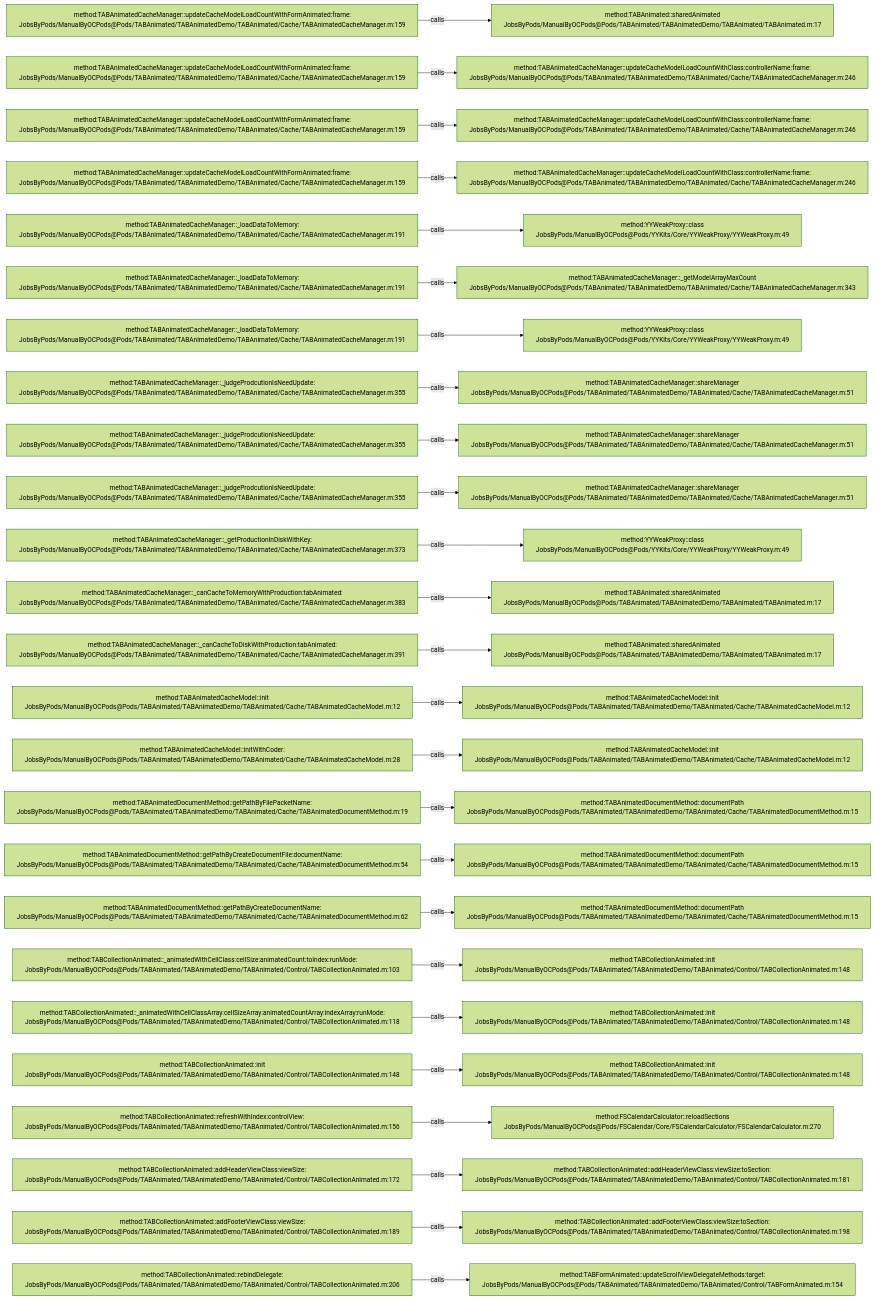
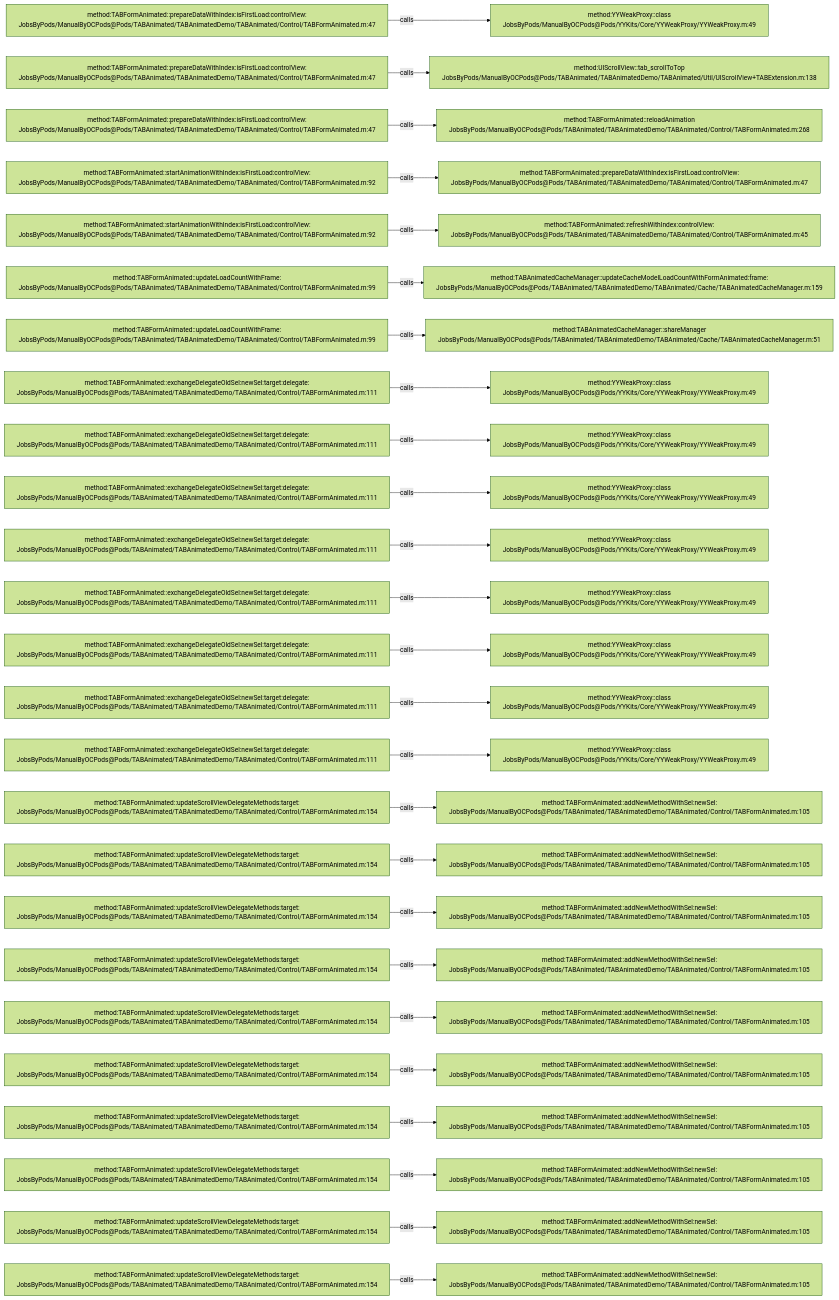
Before and after one commit to JobsKits/JobsOCBaseConfigDemo: the diagram in .codegraph/codegraph.md/graphs/calls-022.md, drawn with Mermaid (forest theme). The commit also changed 1353 other files, not shown here.

````diff
--- a/.codegraph/codegraph.md/graphs/calls-022.md
+++ b/.codegraph/codegraph.md/graphs/calls-022.md
@@ -13,78 +13,78 @@
 ```mermaid
 flowchart LR
-  S1["method:TABAnimatedCacheManager::updateCacheModelLoadCountWithFormAnimated:frame:<br/>JobsByPods/ManualByOCPods@Pods/TABAnimated/TABAnimatedDemo/TABAnimated/Cache/TABAnimatedCacheManager.m:159"]
-  T1["method:TABAnimated::sharedAnimated<br/>JobsByPods/ManualByOCPods@Pods/TABAnimated/TABAnimatedDemo/TABAnimated/TABAnimated.m:17"]
+  S1["method:TABFormAnimated::prepareDataWithIndex:isFirstLoad:controlView:<br/>JobsByPods/ManualByOCPods@Pods/TABAnimated/TABAnimatedDemo/TABAnimated/Control/TABFormAnimated.m:47"]
+  T1["method:YYWeakProxy::class<br/>JobsByPods/ManualByOCPods@Pods/YYKits/Core/YYWeakProxy/YYWeakProxy.m:49"]
   S1 -->|calls| T1
-  S2["method:TABAnimatedCacheManager::updateCacheModelLoadCountWithFormAnimated:frame:<br/>JobsByPods/ManualByOCPods@Pods/TABAnimated/TABAnimatedDemo/TABAnimated/Cache/TABAnimatedCacheManager.m:159"]
-  T2["method:TABAnimatedCacheManager::updateCacheModelLoadCountWithClass:controllerName:frame:<br/>JobsByPods/ManualByOCPods@Pods/TABAnimated/TABAnimatedDemo/TABAnimated/Cache/TABAnimatedCacheManager.m:246"]
+  S2["method:TABFormAnimated::prepareDataWithIndex:isFirstLoad:controlView:<br/>JobsByPods/ManualByOCPods@Pods/TABAnimated/TABAnimatedDemo/TABAnimated/Control/TABFormAnimated.m:47"]
+  T2["method:UIScrollView::tab_scrollToTop<br/>JobsByPods/ManualByOCPods@Pods/TABAnimated/TABAnimatedDemo/TABAnimated/Util/UIScrollView+TABExtension.m:138"]
   S2 -->|calls| T2
-  S3["method:TABAnimatedCacheManager::updateCacheModelLoadCountWithFormAnimated:frame:<br/>JobsByPods/ManualByOCPods@Pods/TABAnimated/TABAnimatedDemo/TABAnimated/Cache/TABAnimatedCacheManager.m:159"]
-  T3["method:TABAnimatedCacheManager::updateCacheModelLoadCountWithClass:controllerName:frame:<br/>JobsByPods/ManualByOCPods@Pods/TABAnimated/TABAnimatedDemo/TABAnimated/Cache/TABAnimatedCacheManager.m:246"]
+  S3["method:TABFormAnimated::prepareDataWithIndex:isFirstLoad:controlView:<br/>JobsByPods/ManualByOCPods@Pods/TABAnimated/TABAnimatedDemo/TABAnimated/Control/TABFormAnimated.m:47"]
+  T3["method:TABFormAnimated::reloadAnimation<br/>JobsByPods/ManualByOCPods@Pods/TABAnimated/TABAnimatedDemo/TABAnimated/Control/TABFormAnimated.m:268"]
   S3 -->|calls| T3
-  S4["method:TABAnimatedCacheManager::updateCacheModelLoadCountWithFormAnimated:frame:<br/>JobsByPods/ManualByOCPods@Pods/TABAnimated/TABAnimatedDemo/TABAnimated/Cache/TABAnimatedCacheManager.m:159"]
-  T4["method:TABAnimatedCacheManager::updateCacheModelLoadCountWithClass:controllerName:frame:<br/>JobsByPods/ManualByOCPods@Pods/TABAnimated/TABAnimatedDemo/TABAnimated/Cache/TABAnimatedCacheManager.m:246"]
+  S4["method:TABFormAnimated::startAnimationWithIndex:isFirstLoad:controlView:<br/>JobsByPods/ManualByOCPods@Pods/TABAnimated/TABAnimatedDemo/TABAnimated/Control/TABFormAnimated.m:92"]
+  T4["method:TABFormAnimated::prepareDataWithIndex:isFirstLoad:controlView:<br/>JobsByPods/ManualByOCPods@Pods/TABAnimated/TABAnimatedDemo/TABAnimated/Control/TABFormAnimated.m:47"]
   S4 -->|calls| T4
-  S5["method:TABAnimatedCacheManager::_loadDataToMemory:<br/>JobsByPods/ManualByOCPods@Pods/TABAnimated/TABAnimatedDemo/TABAnimated/Cache/TABAnimatedCacheManager.m:191"]
-  T5["method:YYWeakProxy::class<br/>JobsByPods/ManualByOCPods@Pods/YYKits/Core/YYWeakProxy/YYWeakProxy.m:49"]
+  S5["method:TABFormAnimated::startAnimationWithIndex:isFirstLoad:controlView:<br/>JobsByPods/ManualByOCPods@Pods/TABAnimated/TABAnimatedDemo/TABAnimated/Control/TABFormAnimated.m:92"]
+  T5["method:TABFormAnimated::refreshWithIndex:controlView:<br/>JobsByPods/ManualByOCPods@Pods/TABAnimated/TABAnimatedDemo/TABAnimated/Control/TABFormAnimated.m:45"]
   S5 -->|calls| T5
-  S6["method:TABAnimatedCacheManager::_loadDataToMemory:<br/>JobsByPods/ManualByOCPods@Pods/TABAnimated/TABAnimatedDemo/TABAnimated/Cache/TABAnimatedCacheManager.m:191"]
-  T6["method:TABAnimatedCacheManager::_getModelArrayMaxCount<br/>JobsByPods/ManualByOCPods@Pods/TABAnimated/TABAnimatedDemo/TABAnimated/Cache/TABAnimatedCacheManager.m:343"]
+  S6["method:TABFormAnimated::updateLoadCountWithFrame:<br/>JobsByPods/ManualByOCPods@Pods/TABAnimated/TABAnimatedDemo/TABAnimated/Control/TABFormAnimated.m:99"]
+  T6["method:TABAnimatedCacheManager::updateCacheModelLoadCountWithFormAnimated:frame:<br/>JobsByPods/ManualByOCPods@Pods/TABAnimated/TABAnimatedDemo/TABAnimated/Cache/TABAnimatedCacheManager.m:159"]
   S6 -->|calls| T6
-  S7["method:TABAnimatedCacheManager::_loadDataToMemory:<br/>JobsByPods/ManualByOCPods@Pods/TABAnimated/TABAnimatedDemo/TABAnimated/Cache/TABAnimatedCacheManager.m:191"]
-  T7["method:YYWeakProxy::class<br/>JobsByPods/ManualByOCPods@Pods/YYKits/Core/YYWeakProxy/YYWeakProxy.m:49"]
+  S7["method:TABFormAnimated::updateLoadCountWithFrame:<br/>JobsByPods/ManualByOCPods@Pods/TABAnimated/TABAnimatedDemo/TABAnimated/Control/TABFormAnimated.m:99"]
+  T7["method:TABAnimatedCacheManager::shareManager<br/>JobsByPods/ManualByOCPods@Pods/TABAnimated/TABAnimatedDemo/TABAnimated/Cache/TABAnimatedCacheManager.m:51"]
   S7 -->|calls| T7
-  S8["method:TABAnimatedCacheManager::_judgeProdcutionIsNeedUpdate:<br/>JobsByPods/ManualByOCPods@Pods/TABAnimated/TABAnimatedDemo/TABAnimated/Cache/TABAnimatedCacheManager.m:355"]
-  T8["method:TABAnimatedCacheManager::shareManager<br/>JobsByPods/ManualByOCPods@Pods/TABAnimated/TABAnimatedDemo/TABAnimated/Cache/TABAnimatedCacheManager.m:51"]
+  S8["method:TABFormAnimated::exchangeDelegateOldSel:newSel:target:delegate:<br/>JobsByPods/ManualByOCPods@Pods/TABAnimated/TABAnimatedDemo/TABAnimated/Control/TABFormAnimated.m:111"]
+  T8["method:YYWeakProxy::class<br/>JobsByPods/ManualByOCPods@Pods/YYKits/Core/YYWeakProxy/YYWeakProxy.m:49"]
   S8 -->|calls| T8
-  S9["method:TABAnimatedCacheManager::_judgeProdcutionIsNeedUpdate:<br/>JobsByPods/ManualByOCPods@Pods/TABAnimated/TABAnimatedDemo/TABAnimated/Cache/TABAnimatedCacheManager.m:355"]
-  T9["method:TABAnimatedCacheManager::shareManager<br/>JobsByPods/ManualByOCPods@Pods/TABAnimated/TABAnimatedDemo/TABAnimated/Cache/TABAnimatedCacheManager.m:51"]
+  S9["method:TABFormAnimated::exchangeDelegateOldSel:newSel:target:delegate:<br/>JobsByPods/ManualByOCPods@Pods/TABAnimated/TABAnimatedDemo/TABAnimated/Control/TABFormAnimated.m:111"]
+  T9["method:YYWeakProxy::class<br/>JobsByPods/ManualByOCPods@Pods/YYKits/Core/YYWeakProxy/YYWeakProxy.m:49"]
   S9 -->|calls| T9
-  S10["method:TABAnimatedCacheManager::_judgeProdcutionIsNeedUpdate:<br/>JobsByPods/ManualByOCPods@Pods/TABAnimated/TABAnimatedDemo/TABAnimated/Cache/TABAnimatedCacheManager.m:355"]
-  T10["method:TABAnimatedCacheManager::shareManager<br/>JobsByPods/ManualByOCPods@Pods/TABAnimated/TABAnimatedDemo/TABAnimated/Cache/TABAnimatedCacheManager.m:51"]
+  S10["method:TABFormAnimated::exchangeDelegateOldSel:newSel:target:delegate:<br/>JobsByPods/ManualByOCPods@Pods/TABAnimated/TABAnimatedDemo/TABAnimated/Control/TABFormAnimated.m:111"]
+  T10["method:YYWeakProxy::class<br/>JobsByPods/ManualByOCPods@Pods/YYKits/Core/YYWeakProxy/YYWeakProxy.m:49"]
   S10 -->|calls| T10
-  S11["method:TABAnimatedCacheManager::_getProductionInDiskWithKey:<br/>JobsByPods/ManualByOCPods@Pods/TABAnimated/TABAnimatedDemo/TABAnimated/Cache/TABAnimatedCacheManager.m:373"]
+  S11["method:TABFormAnimated::exchangeDelegateOldSel:newSel:target:delegate:<br/>JobsByPods/ManualByOCPods@Pods/TABAnimated/TABAnimatedDemo/TABAnimated/Control/TABFormAnimated.m:111"]
   T11["method:YYWeakProxy::class<br/>JobsByPods/ManualByOCPods@Pods/YYKits/Core/YYWeakProxy/YYWeakProxy.m:49"]
   S11 -->|calls| T11
-  S12["method:TABAnimatedCacheManager::_canCacheToMemoryWithProduction:tabAnimated:<br/>JobsByPods/ManualByOCPods@Pods/TABAnimated/TABAnimatedDemo/TABAnimated/Cache/TABAnimatedCacheManager.m:383"]
-  T12["method:TABAnimated::sharedAnimated<br/>JobsByPods/ManualByOCPods@Pods/TABAnimated/TABAnimatedDemo/TABAnimated/TABAnimated.m:17"]
+  S12["method:TABFormAnimated::exchangeDelegateOldSel:newSel:target:delegate:<br/>JobsByPods/ManualByOCPods@Pods/TABAnimated/TABAnimatedDemo/TABAnimated/Control/TABFormAnimated.m:111"]
+  T12["method:YYWeakProxy::class<br/>JobsByPods/ManualByOCPods@Pods/YYKits/Core/YYWeakProxy/YYWeakProxy.m:49"]
   S12 -->|calls| T12
-  S13["method:TABAnimatedCacheManager::_canCacheToDiskWithProduction:tabAnimated:<br/>JobsByPods/ManualByOCPods@Pods/TABAnimated/TABAnimatedDemo/TABAnimated/Cache/TABAnimatedCacheManager.m:391"]
-  T13["method:TABAnimated::sharedAnimated<br/>JobsByPods/ManualByOCPods@Pods/TABAnimated/TABAnimatedDemo/TABAnimated/TABAnimated.m:17"]
+  S13["method:TABFormAnimated::exchangeDelegateOldSel:newSel:target:delegate:<br/>JobsByPods/ManualByOCPods@Pods/TABAnimated/TABAnimatedDemo/TABAnimated/Control/TABFormAnimated.m:111"]
+  T13["method:YYWeakProxy::class<br/>JobsByPods/ManualByOCPods@Pods/YYKits/Core/YYWeakProxy/YYWeakProxy.m:49"]
   S13 -->|calls| T13
-  S14["method:TABAnimatedCacheModel::init<br/>JobsByPods/ManualByOCPods@Pods/TABAnimated/TABAnimatedDemo/TABAnimated/Cache/TABAnimatedCacheModel.m:12"]
-  T14["method:TABAnimatedCacheModel::init<br/>JobsByPods/ManualByOCPods@Pods/TABAnimated/TABAnimatedDemo/TABAnimated/Cache/TABAnimatedCacheModel.m:12"]
+  S14["method:TABFormAnimated::exchangeDelegateOldSel:newSel:target:delegate:<br/>JobsByPods/ManualByOCPods@Pods/TABAnimated/TABAnimatedDemo/TABAnimated/Control/TABFormAnimated.m:111"]
+  T14["method:YYWeakProxy::class<br/>JobsByPods/ManualByOCPods@Pods/YYKits/Core/YYWeakProxy/YYWeakProxy.m:49"]
   S14 -->|calls| T14
-  S15["method:TABAnimatedCacheModel::initWithCoder:<br/>JobsByPods/ManualByOCPods@Pods/TABAnimated/TABAnimatedDemo/TABAnimated/Cache/TABAnimatedCacheModel.m:28"]
-  T15["method:TABAnimatedCacheModel::init<br/>JobsByPods/ManualByOCPods@Pods/TABAnimated/TABAnimatedDemo/TABAnimated/Cache/TABAnimatedCacheModel.m:12"]
+  S15["method:TABFormAnimated::exchangeDelegateOldSel:newSel:target:delegate:<br/>JobsByPods/ManualByOCPods@Pods/TABAnimated/TABAnimatedDemo/TABAnimated/Control/TABFormAnimated.m:111"]
+  T15["method:YYWeakProxy::class<br/>JobsByPods/ManualByOCPods@Pods/YYKits/Core/YYWeakProxy/YYWeakProxy.m:49"]
   S15 -->|calls| T15
-  S16["method:TABAnimatedDocumentMethod::getPathByFilePacketName:<br/>JobsByPods/ManualByOCPods@Pods/TABAnimated/TABAnimatedDemo/TABAnimated/Cache/TABAnimatedDocumentMethod.m:19"]
-  T16["method:TABAnimatedDocumentMethod::documentPath<br/>JobsByPods/ManualByOCPods@Pods/TABAnimated/TABAnimatedDemo/TABAnimated/Cache/TABAnimatedDocumentMethod.m:15"]
+  S16["method:TABFormAnimated::updateScrollViewDelegateMethods:target:<br/>JobsByPods/ManualByOCPods@Pods/TABAnimated/TABAnimatedDemo/TABAnimated/Control/TABFormAnimated.m:154"]
+  T16["method:TABFormAnimated::addNewMethodWithSel:newSel:<br/>JobsByPods/ManualByOCPods@Pods/TABAnimated/TABAnimatedDemo/TABAnimated/Control/TABFormAnimated.m:105"]
   S16 -->|calls| T16
-  S17["method:TABAnimatedDocumentMethod::getPathByCreateDocumentFile:documentName:<br/>JobsByPods/ManualByOCPods@Pods/TABAnimated/TABAnimatedDemo/TABAnimated/Cache/TABAnimatedDocumentMethod.m:54"]
-  T17["method:TABAnimatedDocumentMethod::documentPath<br/>JobsByPods/ManualByOCPods@Pods/TABAnimated/TABAnimatedDemo/TABAnimated/Cache/TABAnimatedDocumentMethod.m:15"]
+  S17["method:TABFormAnimated::updateScrollViewDelegateMethods:target:<br/>JobsByPods/ManualByOCPods@Pods/TABAnimated/TABAnimatedDemo/TABAnimated/Control/TABFormAnimated.m:154"]
+  T17["method:TABFormAnimated::addNewMethodWithSel:newSel:<br/>JobsByPods/ManualByOCPods@Pods/TABAnimated/TABAnimatedDemo/TABAnimated/Control/TABFormAnimated.m:105"]
   S17 -->|calls| T17
-  S18["method:TABAnimatedDocumentMethod::getPathByCreateDocumentName:<br/>JobsByPods/ManualByOCPods@Pods/TABAnimated/TABAnimatedDemo/TABAnimated/Cache/TABAnimatedDocumentMethod.m:62"]
-  T18["method:TABAnimatedDocumentMethod::documentPath<br/>JobsByPods/ManualByOCPods@Pods/TABAnimated/TABAnimatedDemo/TABAnimated/Cache/TABAnimatedDocumentMethod.m:15"]
+  S18["method:TABFormAnimated::updateScrollViewDelegateMethods:target:<br/>JobsByPods/ManualByOCPods@Pods/TABAnimated/TABAnimatedDemo/TABAnimated/Control/TABFormAnimated.m:154"]
+  T18["method:TABFormAnimated::addNewMethodWithSel:newSel:<br/>JobsByPods/ManualByOCPods@Pods/TABAnimated/TABAnimatedDemo/TABAnimated/Control/TABFormAnimated.m:105"]
   S18 -->|calls| T18
-  S19["method:TABCollectionAnimated::_animatedWithCellClass:cellSize:animatedCount:toIndex:runMode:<br/>JobsByPods/ManualByOCPods@Pods/TABAnimated/TABAnimatedDemo/TABAnimated/Control/TABCollectionAnimated.m:103"]
-  T19["method:TABCollectionAnimated::init<br/>JobsByPods/ManualByOCPods@Pods/TABAnimated/TABAnimatedDemo/TABAnimated/Control/TABCollectionAnimated.m:148"]
+  S19["method:TABFormAnimated::updateScrollViewDelegateMethods:target:<br/>JobsByPods/ManualByOCPods@Pods/TABAnimated/TABAnimatedDemo/TABAnimated/Control/TABFormAnimated.m:154"]
+  T19["method:TABFormAnimated::addNewMethodWithSel:newSel:<br/>JobsByPods/ManualByOCPods@Pods/TABAnimated/TABAnimatedDemo/TABAnimated/Control/TABFormAnimated.m:105"]
   S19 -->|calls| T19
-  S20["method:TABCollectionAnimated::_animatedWithCellClassArray:cellSizeArray:animatedCountArray:indexArray:runMode:<br/>JobsByPods/ManualByOCPods@Pods/TABAnimated/TABAnimatedDemo/TABAnimated/Control/TABCollectionAnimated.m:118"]
-  T20["method:TABCollectionAnimated::init<br/>JobsByPods/ManualByOCPods@Pods/TABAnimated/TABAnimatedDemo/TABAnimated/Control/TABCollectionAnimated.m:148"]
+  S20["method:TABFormAnimated::updateScrollViewDelegateMethods:target:<br/>JobsByPods/ManualByOCPods@Pods/TABAnimated/TABAnimatedDemo/TABAnimated/Control/TABFormAnimated.m:154"]
+  T20["method:TABFormAnimated::addNewMethodWithSel:newSel:<br/>JobsByPods/ManualByOCPods@Pods/TABAnimated/TABAnimatedDemo/TABAnimated/Control/TABFormAnimated.m:105"]
   S20 -->|calls| T20
-  S21["method:TABCollectionAnimated::init<br/>JobsByPods/ManualByOCPods@Pods/TABAnimated/TABAnimatedDemo/TABAnimated/Control/TABCollectionAnimated.m:148"]
-  T21["method:TABCollectionAnimated::init<br/>JobsByPods/ManualByOCPods@Pods/TABAnimated/TABAnimatedDemo/TABAnimated/Control/TABCollectionAnimated.m:148"]
+  S21["method:TABFormAnimated::updateScrollViewDelegateMethods:target:<br/>JobsByPods/ManualByOCPods@Pods/TABAnimated/TABAnimatedDemo/TABAnimated/Control/TABFormAnimated.m:154"]
+  T21["method:TABFormAnimated::addNewMethodWithSel:newSel:<br/>JobsByPods/ManualByOCPods@Pods/TABAnimated/TABAnimatedDemo/TABAnimated/Control/TABFormAnimated.m:105"]
   S21 -->|calls| T21
-  S22["method:TABCollectionAnimated::refreshWithIndex:controlView:<br/>JobsByPods/ManualByOCPods@Pods/TABAnimated/TABAnimatedDemo/TABAnimated/Control/TABCollectionAnimated.m:156"]
-  T22["method:FSCalendarCalculator::reloadSections<br/>JobsByPods/ManualByOCPods@Pods/FSCalendar/Core/FSCalendarCalculator/FSCalendarCalculator.m:270"]
+  S22["method:TABFormAnimated::updateScrollViewDelegateMethods:target:<br/>JobsByPods/ManualByOCPods@Pods/TABAnimated/TABAnimatedDemo/TABAnimated/Control/TABFormAnimated.m:154"]
+  T22["method:TABFormAnimated::addNewMethodWithSel:newSel:<br/>JobsByPods/ManualByOCPods@Pods/TABAnimated/TABAnimatedDemo/TABAnimated/Control/TABFormAnimated.m:105"]
   S22 -->|calls| T22
-  S23["method:TABCollectionAnimated::addHeaderViewClass:viewSize:<br/>JobsByPods/ManualByOCPods@Pods/TABAnimated/TABAnimatedDemo/TABAnimated/Control/TABCollectionAnimated.m:172"]
-  T23["method:TABCollectionAnimated::addHeaderViewClass:viewSize:toSection:<br/>JobsByPods/ManualByOCPods@Pods/TABAnimated/TABAnimatedDemo/TABAnimated/Control/TABCollectionAnimated.m:181"]
+  S23["method:TABFormAnimated::updateScrollViewDelegateMethods:target:<br/>JobsByPods/ManualByOCPods@Pods/TABAnimated/TABAnimatedDemo/TABAnimated/Control/TABFormAnimated.m:154"]
+  T23["method:TABFormAnimated::addNewMethodWithSel:newSel:<br/>JobsByPods/ManualByOCPods@Pods/TABAnimated/TABAnimatedDemo/TABAnimated/Control/TABFormAnimated.m:105"]
   S23 -->|calls| T23
-  S24["method:TABCollectionAnimated::addFooterViewClass:viewSize:<br/>JobsByPods/ManualByOCPods@Pods/TABAnimated/TABAnimatedDemo/TABAnimated/Control/TABCollectionAnimated.m:189"]
-  T24["method:TABCollectionAnimated::addFooterViewClass:viewSize:toSection:<br/>JobsByPods/ManualByOCPods@Pods/TABAnimated/TABAnimatedDemo/TABAnimated/Control/TABCollectionAnimated.m:198"]
+  S24["method:TABFormAnimated::updateScrollViewDelegateMethods:target:<br/>JobsByPods/ManualByOCPods@Pods/TABAnimated/TABAnimatedDemo/TABAnimated/Control/TABFormAnimated.m:154"]
+  T24["method:TABFormAnimated::addNewMethodWithSel:newSel:<br/>JobsByPods/ManualByOCPods@Pods/TABAnimated/TABAnimatedDemo/TABAnimated/Control/TABFormAnimated.m:105"]
   S24 -->|calls| T24
-  S25["method:TABCollectionAnimated::rebindDelegate:<br/>JobsByPods/ManualByOCPods@Pods/TABAnimated/TABAnimatedDemo/TABAnimated/Control/TABCollectionAnimated.m:206"]
-  T25["method:TABFormAnimated::updateScrollViewDelegateMethods:target:<br/>JobsByPods/ManualByOCPods@Pods/TABAnimated/TABAnimatedDemo/TABAnimated/Control/TABFormAnimated.m:154"]
+  S25["method:TABFormAnimated::updateScrollViewDelegateMethods:target:<br/>JobsByPods/ManualByOCPods@Pods/TABAnimated/TABAnimatedDemo/TABAnimated/Control/TABFormAnimated.m:154"]
+  T25["method:TABFormAnimated::addNewMethodWithSel:newSel:<br/>JobsByPods/ManualByOCPods@Pods/TABAnimated/TABAnimatedDemo/TABAnimated/Control/TABFormAnimated.m:105"]
   S25 -->|calls| T25
 ```
````
